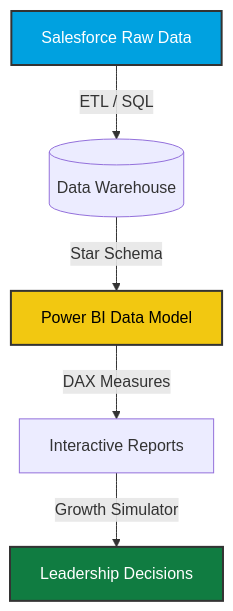
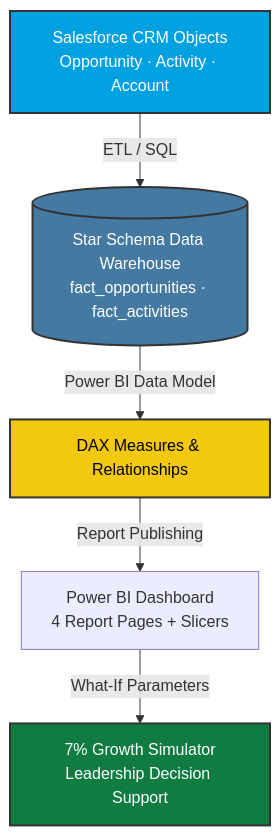
The diagram in README.md (AItools-guru/sales-performance-portfolio), drawn with Mermaid before and after one commit. The commit also changed other lines of this file, not shown here.

Commit message:
docs: rewrite README with real ODP data, slicer docs, 7% lever math, and full glossary

````diff
--- a/README.md
+++ b/README.md
@@ -53,11 +102,12 @@
 ```mermaid
 graph TD
-    A[Salesforce Raw Data] -->|ETL / SQL| B[(Data Warehouse)]
-    B -->|Star Schema| C[Power BI Data Model]
-    C -->|DAX Measures| D[Interactive Reports]
-    D -->|Growth Simulator| E[Leadership Decisions]
+    A[Salesforce CRM Objects<br/>Opportunity · Activity · Account] -->|ETL / SQL| B[(Star Schema Data Warehouse<br/>fact_opportunities · fact_activities)]
+    B -->|Power BI Data Model| C[DAX Measures & Relationships]
+    C -->|Report Publishing| D[Power BI Dashboard<br/>4 Report Pages + Slicers]
+    D -->|What-If Parameters| E[7% Growth Simulator<br/>Leadership Decision Support]
     
     style A fill:#00A1E0,stroke:#333,stroke-width:2px,color:white
+    style B fill:#4479A1,stroke:#333,stroke-width:2px,color:white
     style C fill:#F2C811,stroke:#333,stroke-width:2px,color:black
     style E fill:#107C41,stroke:#333,stroke-width:2px,color:white
 ```
````
